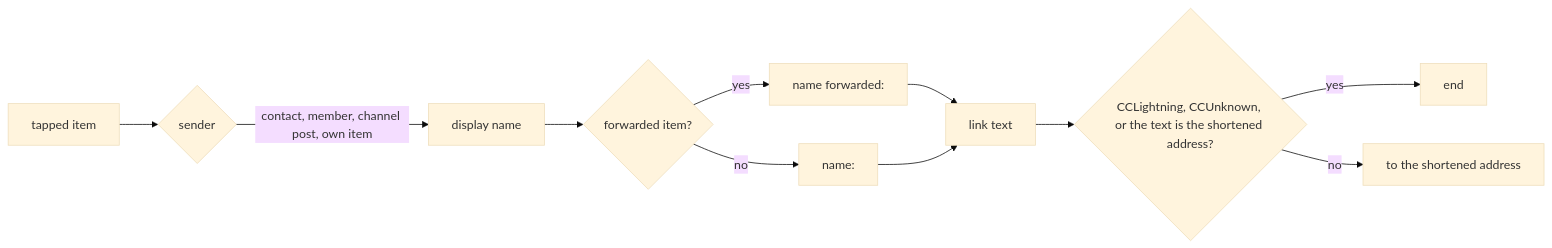
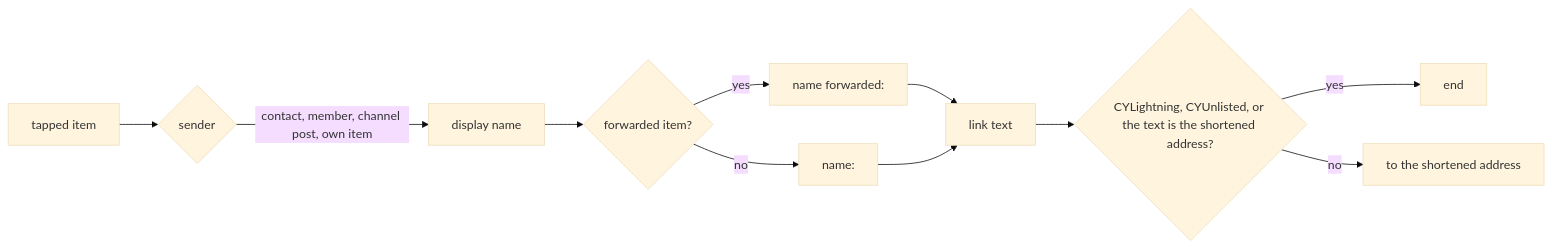
One commit to simplex-chat/simplex-chat changed the fifth of 9 diagrams in plans/2026-11-22-payment-addresses.md. Above: the diagram before and after it, drawn with Mermaid (base theme). The commit also changed other lines of this file, not shown here.

Commit message:
core: chain addresses plan with Flux Sapling, address-like labels, names

````diff
--- a/plans/2026-11-22-payment-addresses.md
+++ b/plans/2026-11-22-payment-addresses.md
@@ -614,13 +638,13 @@
 ```mermaid
 flowchart LR
   I["tapped item"] --> N{"sender"}
   N -->|"contact, member, channel post, own item"| NM["display name"]
   NM --> F{"forwarded item?"}
   F -->|yes| P1["name forwarded:"]
   F -->|no| P2["name:"]
   P1 --> LT["link text"]
   P2 --> LT
-  LT --> A{"CCLightning, CCUnknown, or the text is the shortened address?"}
+  LT --> A{"CYLightning, CYUnlisted, or the text is the shortened address?"}
   A -->|yes| E["end"]
   A -->|no| TO["to the shortened address"]
 ```
````
